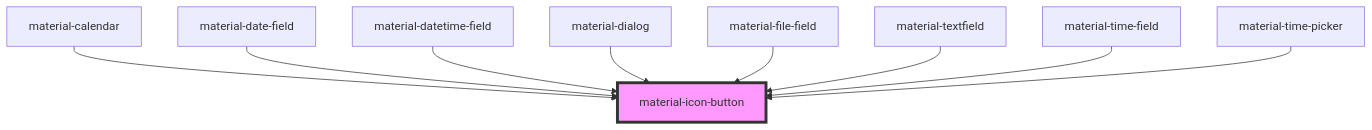
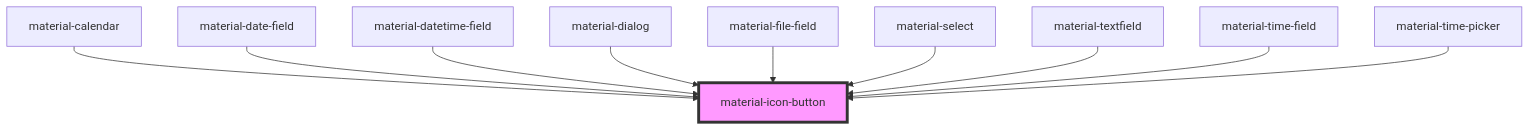
The diagram in src/components/material-icon-button/readme.md (RobustaRush/material), drawn with Mermaid before and after one commit. The commit also changed other lines of this file and 13 other files, not shown here.

First line of the commit message:
feat: material-select + material-option + material-optgroup

````diff
--- a/src/components/material-icon-button/readme.md
+++ b/src/components/material-icon-button/readme.md
@@ -50,12 +51,13 @@
 ```mermaid
 graph TD;
   material-calendar --> material-icon-button
   material-date-field --> material-icon-button
   material-datetime-field --> material-icon-button
   material-dialog --> material-icon-button
   material-file-field --> material-icon-button
+  material-select --> material-icon-button
   material-textfield --> material-icon-button
   material-time-field --> material-icon-button
   material-time-picker --> material-icon-button
   style material-icon-button fill:#f9f,stroke:#333,stroke-width:4px
 ```
````
